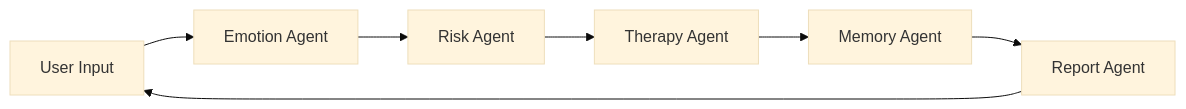
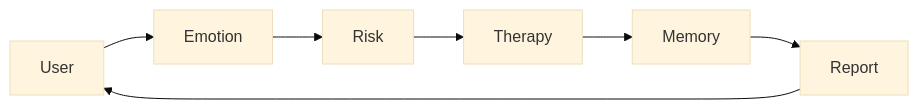
The second of 3 diagrams in README.md (skarthi369/skarthi369), drawn with Mermaid (base theme) before and after one commit. The commit also changed other lines of this file, not shown here.

````diff
--- a/README.md
+++ b/README.md
@@ -180,9 +324,9 @@
 ```mermaid
 flowchart LR
-    U[User Input] --> EM[Emotion Agent]
-    EM --> RI[Risk Agent]
-    RI --> TH[Therapy Agent]
-    TH --> ME[Memory Agent]
-    ME --> RE[Report Agent]
+    U[User] --> EM[Emotion]
+    EM --> RI[Risk]
+    RI --> TH[Therapy]
+    TH --> ME[Memory]
+    ME --> RE[Report]
     RE --> U
 ```
````
